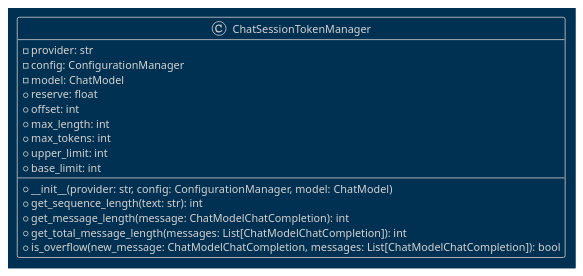
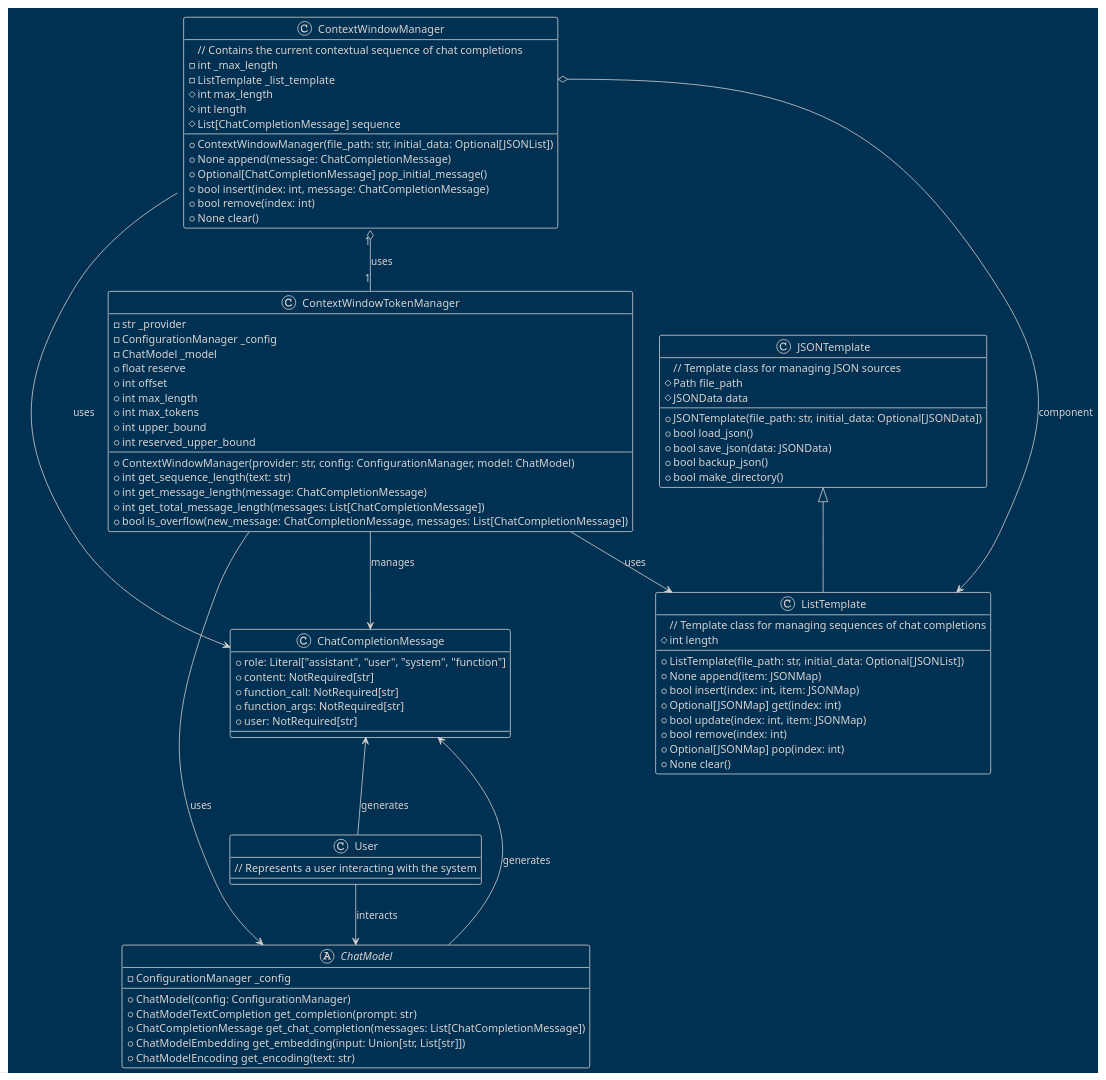
The diagram in docs/diagrams/plantuml/token_manager.puml (teleprint-me/py.gpt.prompt), drawn with PlantUML before and after one commit.

Commit message:
docs: Add TokenManager diagram

```diff
--- a/docs/diagrams/plantuml/token_manager.puml
+++ b/docs/diagrams/plantuml/token_manager.puml
@@ -1,23 +1,98 @@
-@startuml ChatSessionTokenManager
+@startuml TokenManager
 !theme blueprint
 
 ' docs/diagrams/plantuml/token_manager.puml
 
-class ChatSessionTokenManager {
-  - provider: str
-  - config: ConfigurationManager
-  - model: ChatModel
-  + reserve: float
-  + offset: int
-  + max_length: int
-  + max_tokens: int
-  + upper_limit: int
-  + base_limit: int
-  + __init__(provider: str, config: ConfigurationManager, model: ChatModel)
-  + get_sequence_length(text: str): int
-  + get_message_length(message: ChatModelChatCompletion): int
-  + get_total_message_length(messages: List[ChatModelChatCompletion]): int
-  + is_overflow(new_message: ChatModelChatCompletion, messages: List[ChatModelChatCompletion]): bool
+class ChatCompletionMessage {
+    ' Extends TypeDict
+    + role: Literal["assistant", "user", "system", "function"]
+    + content: NotRequired[str]
+    + function_call: NotRequired[str]
+    + function_args: NotRequired[str]
+    + user: NotRequired[str]
 }
 
+abstract class ChatModel {
+    ' Model that generates chat completions
+    - ConfigurationManager _config
+    + ChatModel(config: ConfigurationManager)
+    + ChatModelTextCompletion get_completion(prompt: str)
+    + ChatCompletionMessage get_chat_completion(messages: List[ChatCompletionMessage])
+    + ChatModelEmbedding get_embedding(input: Union[str, List[str]])
+    + ChatModelEncoding get_encoding(text: str)
+}
+
+class JSONTemplate {
+    // Template class for managing JSON sources
+    + JSONTemplate(file_path: str, initial_data: Optional[JSONData])
+    # Path file_path
+    # JSONData data
+    + bool load_json()
+    + bool save_json(data: JSONData)
+    + bool backup_json()
+    + bool make_directory()
+}
+
+class ListTemplate extends JSONTemplate {
+    // Template class for managing sequences of chat completions
+    + ListTemplate(file_path: str, initial_data: Optional[JSONList])
+    # int length
+    + None append(item: JSONMap)
+    + bool insert(index: int, item: JSONMap)
+    + Optional[JSONMap] get(index: int)
+    + bool update(index: int, item: JSONMap)
+    + bool remove(index: int)
+    + Optional[JSONMap] pop(index: int)
+    + None clear()
+}
+
+class ContextWindowManager {
+    // Contains the current contextual sequence of chat completions
+    - int _max_length
+    - ListTemplate _list_template
+    + ContextWindowManager(file_path: str, initial_data: Optional[JSONList])
+    # int max_length
+    # int length
+    # List[ChatCompletionMessage] sequence
+    + None append(message: ChatCompletionMessage)
+    + Optional[ChatCompletionMessage] pop_initial_message()
+    + bool insert(index: int, message: ChatCompletionMessage)
+    + bool remove(index: int)
+    + None clear()
+}
+
+class ContextWindowTokenManager {
+    - str _provider
+    - ConfigurationManager _config
+    - ChatModel _model
+    + ContextWindowManager(provider: str, config: ConfigurationManager, model: ChatModel)
+    + float reserve
+    + int offset
+    + int max_length
+    + int max_tokens
+    + int upper_bound
+    + int reserved_upper_bound
+    + int get_sequence_length(text: str)
+    + int get_message_length(message: ChatCompletionMessage)
+    + int get_total_message_length(messages: List[ChatCompletionMessage])
+    + bool is_overflow(new_message: ChatCompletionMessage, messages: List[ChatCompletionMessage])
+}
+
+class User {
+    // Represents a user interacting with the system
+}
+
+User --> ChatModel : interacts
+
+ChatCompletionMessage <-- ChatModel : generates
+ChatCompletionMessage <-- User : generates
+
+ContextWindowManager "1" o-- "1" ContextWindowTokenManager : uses
+ContextWindowManager --> ChatCompletionMessage : uses
+ContextWindowManager::_list_template o--> ListTemplate : component
+
+ContextWindowTokenManager --> ChatModel : uses
+ContextWindowTokenManager --> ChatCompletionMessage : manages
+ContextWindowTokenManager --> ListTemplate : uses
+
 @enduml
```
